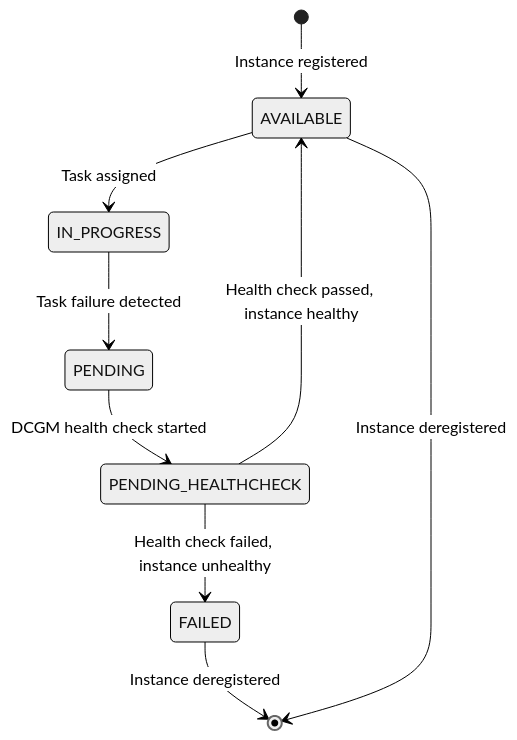
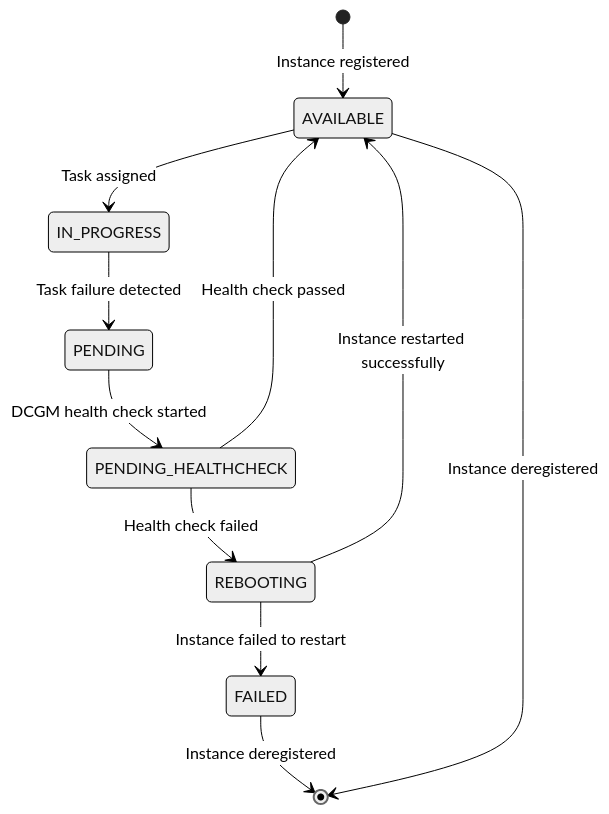
One commit to yubingjiaocn/ecs-gpu-recovery changed the diagram in docs/node_state_graph.md. Above: the diagram before and after it, drawn with Mermaid (neutral theme). The commit also changed other lines of this file and 8 other files, not shown here.

````diff
--- a/docs/node_state_graph.md
+++ b/docs/node_state_graph.md
@@ -3,17 +7,20 @@
 ```mermaid
 stateDiagram-v2
     [*] --> AVAILABLE: Instance registered
 
     AVAILABLE --> IN_PROGRESS: Task assigned
 
     IN_PROGRESS --> PENDING: Task failure detected
 
     PENDING --> PENDING_HEALTHCHECK: DCGM health check started
 
-    PENDING_HEALTHCHECK --> AVAILABLE: Health check passed, instance healthy
-    PENDING_HEALTHCHECK --> FAILED: Health check failed, instance unhealthy
+    PENDING_HEALTHCHECK --> AVAILABLE: Health check passed
+    PENDING_HEALTHCHECK --> REBOOTING: Health check failed
+
+    REBOOTING --> AVAILABLE: Instance restarted successfully
+    REBOOTING --> FAILED: Instance failed to restart
 
     FAILED --> [*]: Instance deregistered
 
     AVAILABLE --> [*]: Instance deregistered
 ```
````
